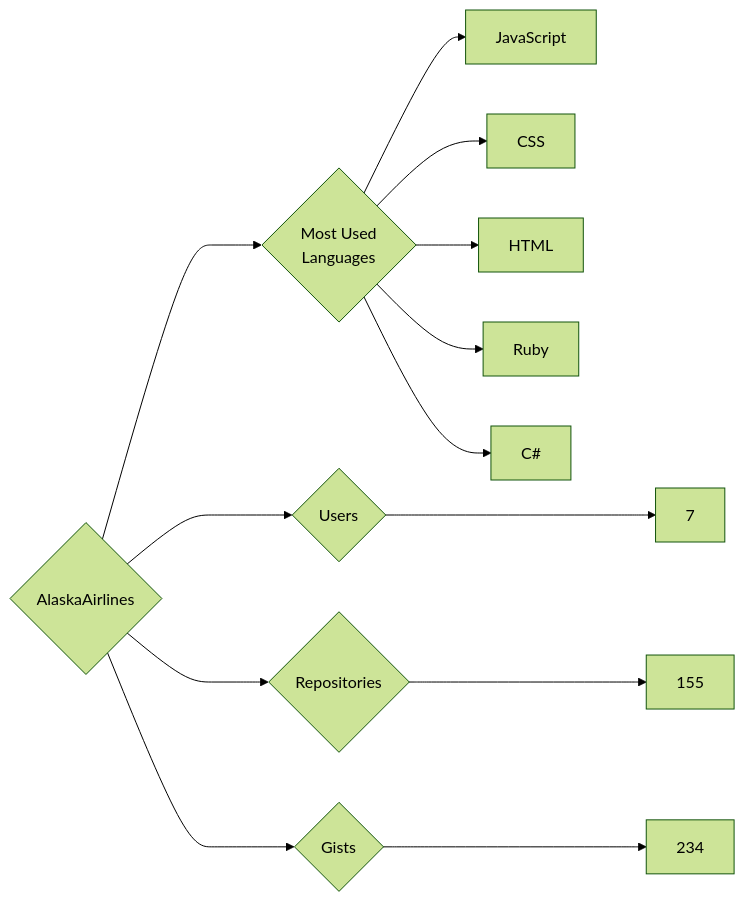
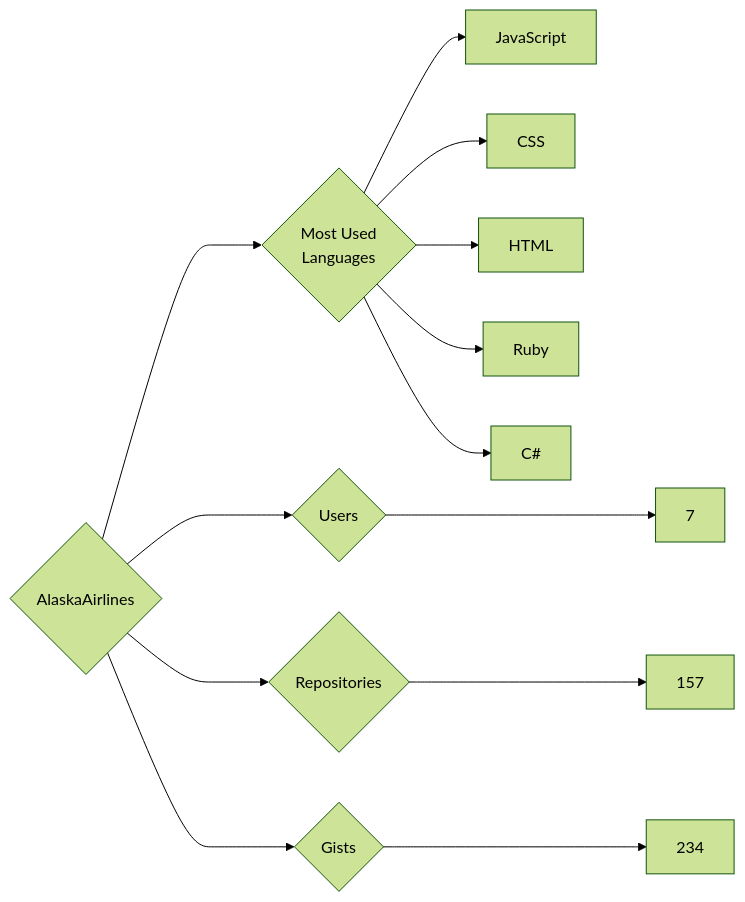
Before and after one commit to trickest/insiders: the diagram in targets/AlaskaAirlines/README.md, drawn with Mermaid (forest theme). The commit also changed 657 other files, not shown here.

````diff
--- a/targets/AlaskaAirlines/README.md
+++ b/targets/AlaskaAirlines/README.md
@@ -3,13 +3,13 @@
 ```mermaid
 graph LR
 COMPANY_NAME{AlaskaAirlines}
 COMPANY_NAME ---> U{Users} ---> UN[7]
-COMPANY_NAME ---> R{Repositories} ---> RN[155]
+COMPANY_NAME ---> R{Repositories} ---> RN[157]
 COMPANY_NAME ---> G{Gists} ---> GN[234]
 COMPANY_NAME ---> ML{Most Used<br>Languages}
 ML --> JavaScript[JavaScript]
 ML --> CSS[CSS]
 ML --> HTML[HTML]
 ML --> Ruby[Ruby]
 ML --> C#[C#]
 ```
````
